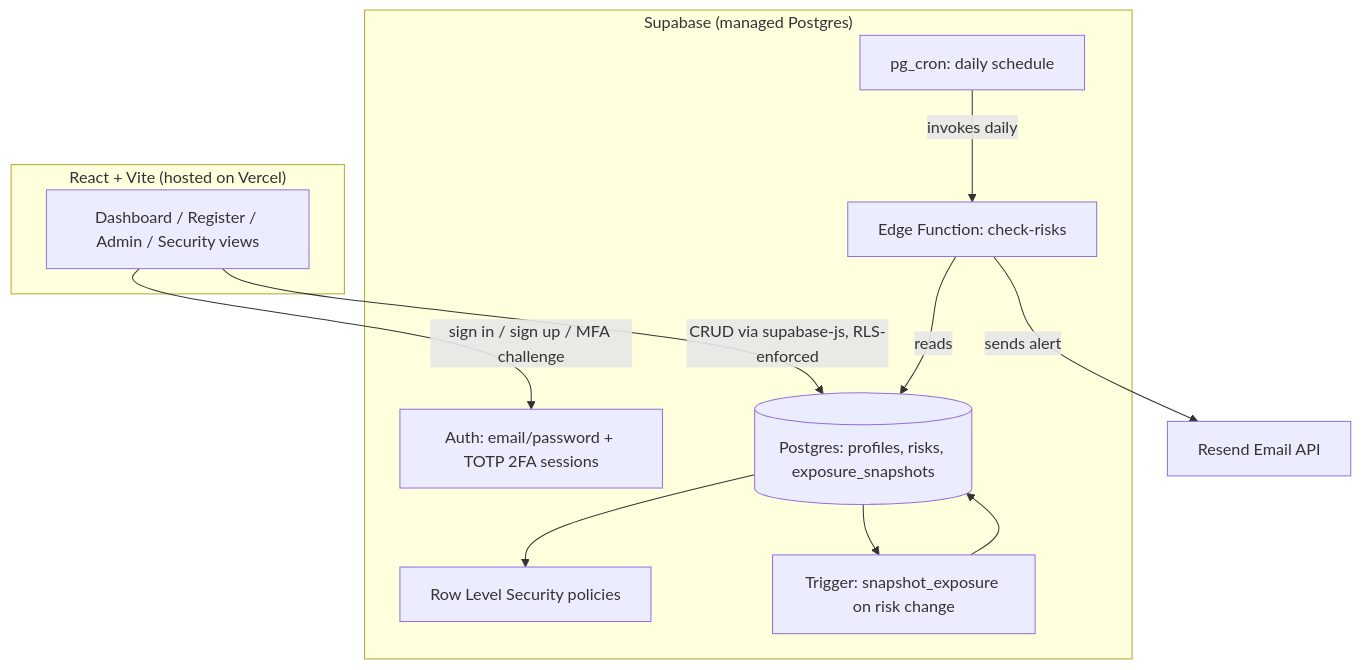
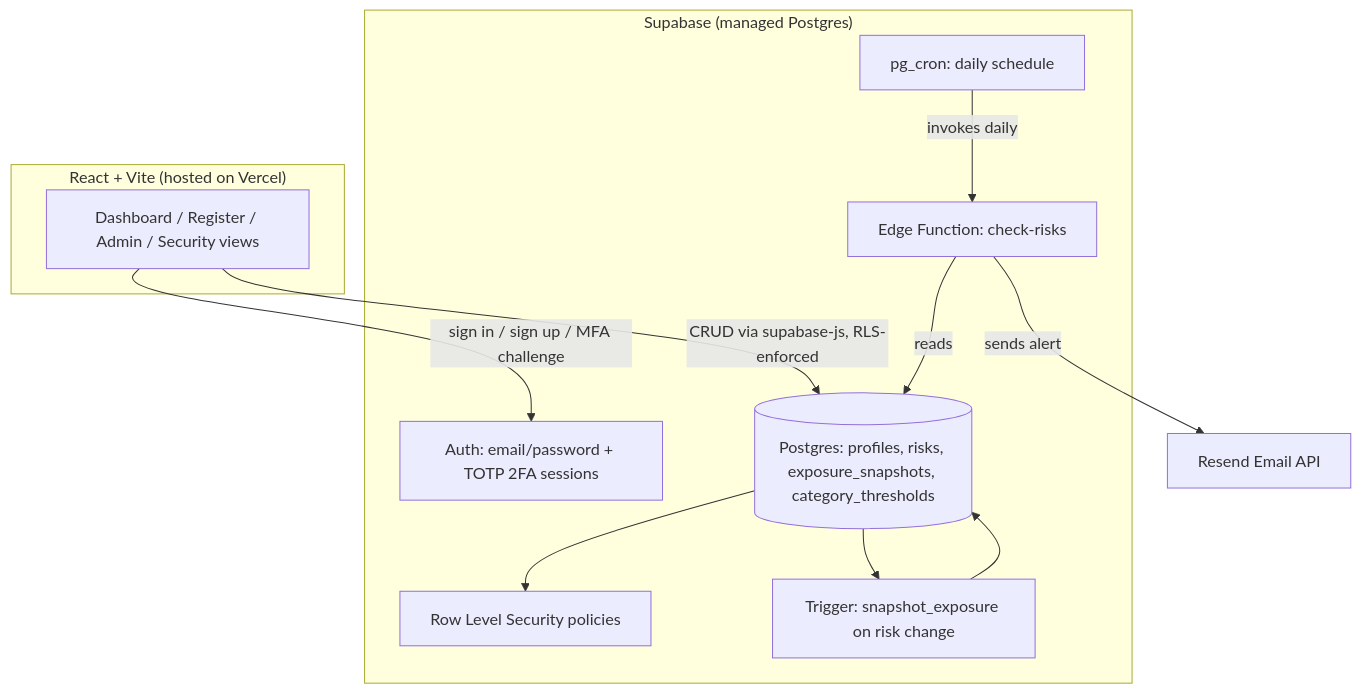
One commit to Kunal-svg-cyber/erm-dashboard changed the diagram in README.md. Above: the diagram before and after it, drawn with Mermaid. The commit also changed other lines of this file, not shown here.

````diff
--- a/README.md
+++ b/README.md
@@ -37,26 +39,26 @@
 ```mermaid
 flowchart TD
     subgraph Client["React + Vite (hosted on Vercel)"]
         UI[Dashboard / Register / Admin / Security views]
     end
 
     subgraph Supabase["Supabase (managed Postgres)"]
         Auth[Auth: email/password + TOTP 2FA sessions]
-        DB[(Postgres: profiles, risks, exposure_snapshots)]
+        DB[(Postgres: profiles, risks, exposure_snapshots, category_thresholds)]
         RLS[Row Level Security policies]
         Trigger[Trigger: snapshot_exposure on risk change]
         EdgeFn[Edge Function: check-risks]
         Cron[pg_cron: daily schedule]
     end
 
     Resend[Resend Email API]
 
     UI -->|sign in / sign up / MFA challenge| Auth
     UI -->|CRUD via supabase-js, RLS-enforced| DB
     DB --> RLS
     DB --> Trigger
     Trigger --> DB
     Cron -->|invokes daily| EdgeFn
     EdgeFn -->|reads| DB
     EdgeFn -->|sends alert| Resend
 ```
````
